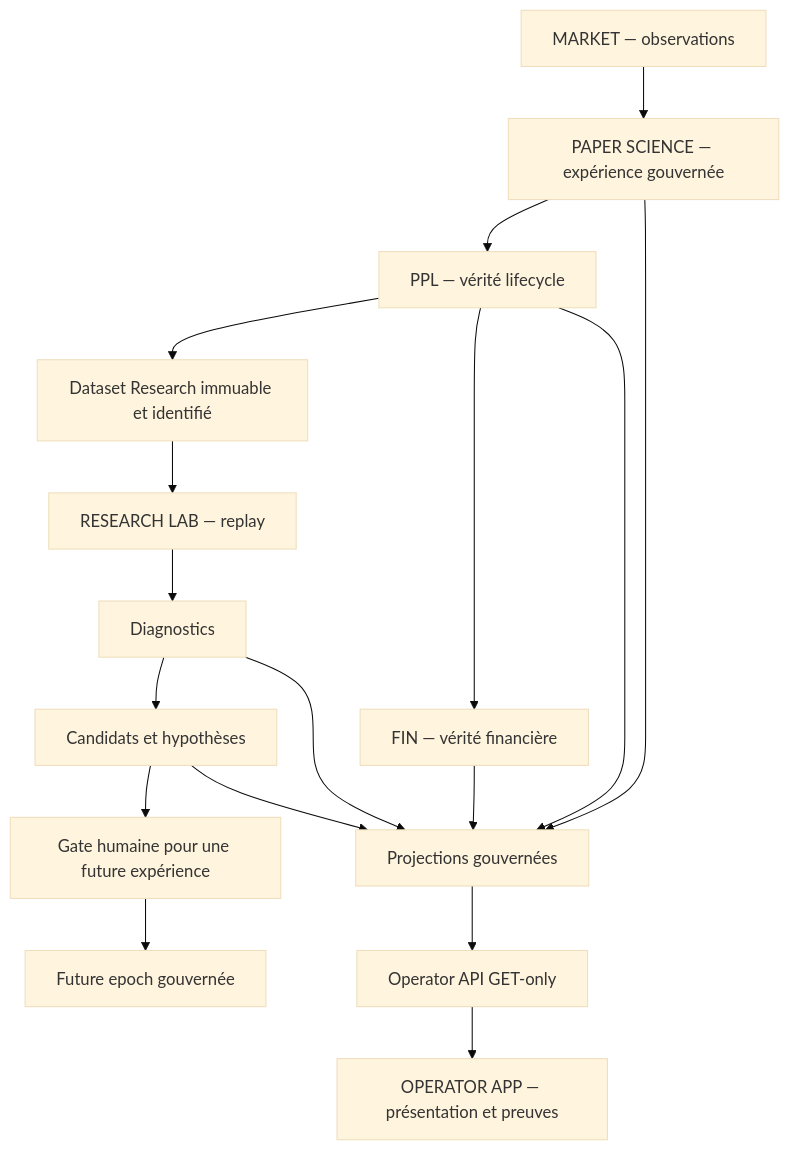
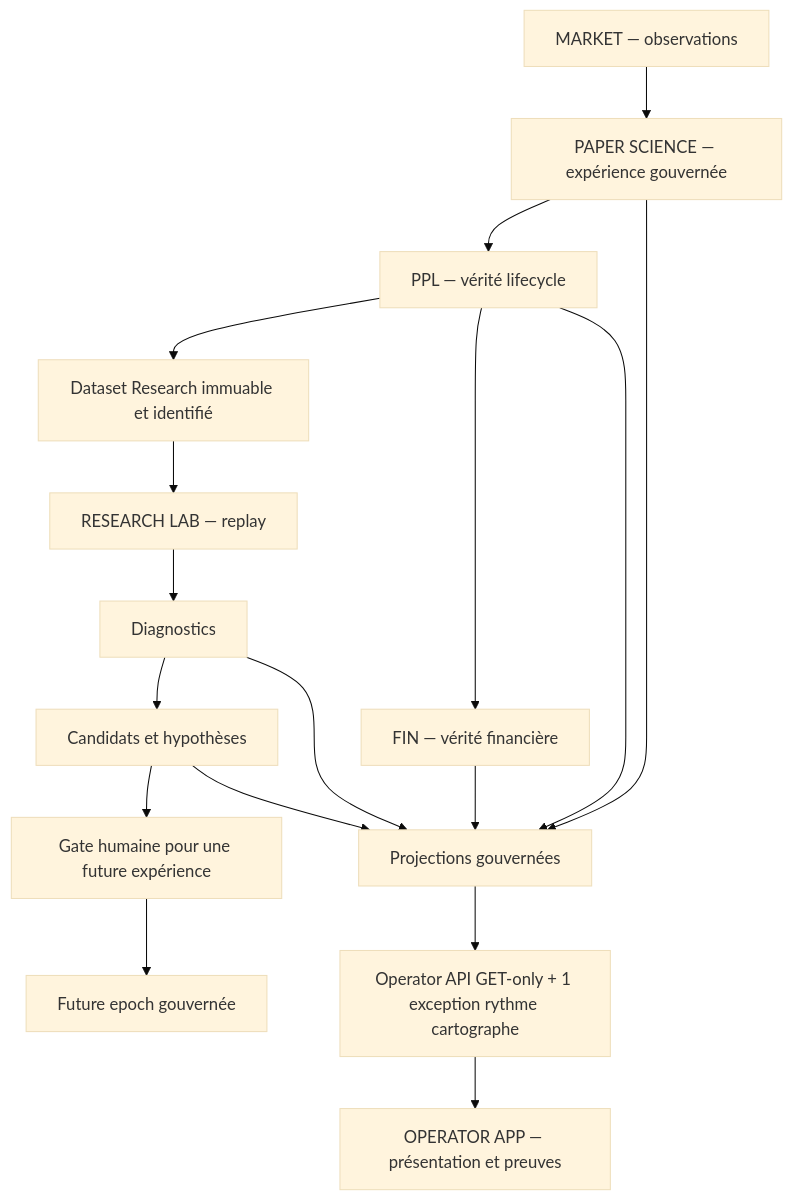
The diagram in README.md (3a7i3/crypto-ia-terminal), drawn with Mermaid (base theme) before and after one commit. The commit also changed other lines of this file and 18 other files, not shown here.

````diff
--- a/README.md
+++ b/README.md
@@ -16,19 +16,19 @@
 ```mermaid
 flowchart TD
     Market[MARKET — observations] --> Paper[PAPER SCIENCE — expérience gouvernée]
     Paper --> PPL[PPL — vérité lifecycle]
     PPL --> FIN[FIN — vérité financière]
     PPL --> Dataset[Dataset Research immuable et identifié]
     Dataset --> Replay[RESEARCH LAB — replay]
     Replay --> Diagnostics[Diagnostics]
     Diagnostics --> Candidates[Candidats et hypothèses]
     Candidates --> Gate[Gate humaine pour une future expérience]
     Gate --> Future[Future epoch gouvernée]
     Paper --> Projection[Projections gouvernées]
     PPL --> Projection
     FIN --> Projection
     Diagnostics --> Projection
     Candidates --> Projection
-    Projection --> API[Operator API GET-only]
+    Projection --> API[Operator API GET-only + 1 exception rythme cartographe]
     API --> App[OPERATOR APP — présentation et preuves]
 ```
````
